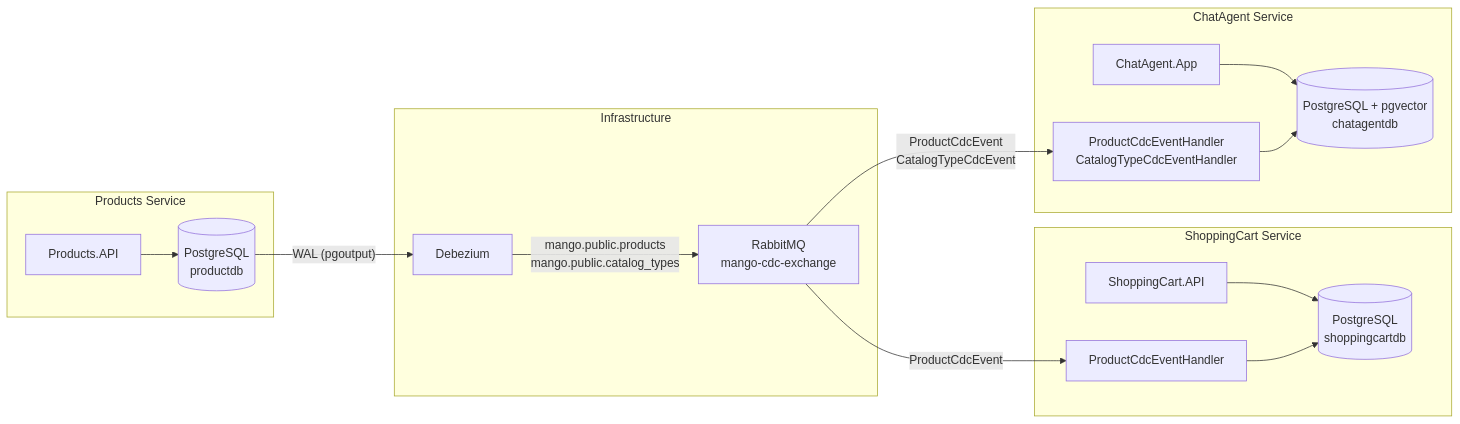
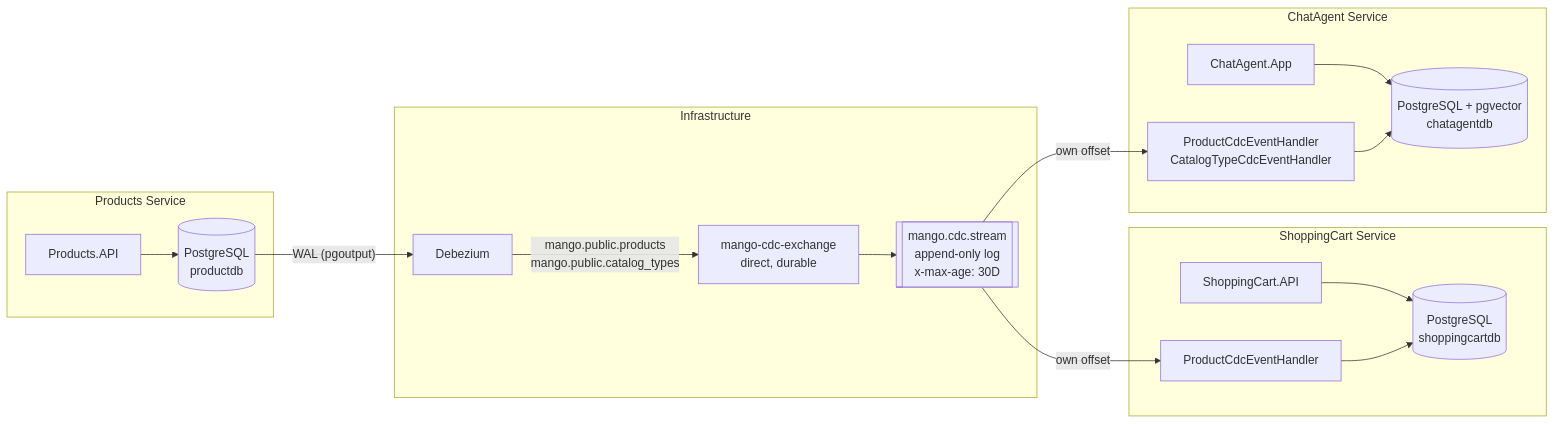
One commit to haidang9b/MangoAspire changed the diagram in docs/CDC.md. Above: the diagram before and after it, drawn with Mermaid. The commit also changed other lines of this file and 54 other files, not shown here.

First line of the commit message:
feat(cdc): migrate to replayable RabbitMQ stream log (#34)

````diff
--- a/docs/CDC.md
+++ b/docs/CDC.md
@@ -11,36 +13,38 @@
 ```mermaid
 flowchart LR
     subgraph Products Service
         P_DB[(PostgreSQL<br/>productdb)]
         P_API[Products.API]
         P_API --> P_DB
     end
 
     subgraph Infrastructure
         Deb[Debezium]
-        RMQ[RabbitMQ<br/>mango-cdc-exchange]
+        EX[mango-cdc-exchange<br/>direct, durable]
+        LOG[["mango.cdc.stream<br/>append-only log<br/>x-max-age: 30D"]]
+        EX --> LOG
     end
 
     subgraph ShoppingCart Service
         SC_API[ShoppingCart.API]
         SC_DB[(PostgreSQL<br/>shoppingcartdb)]
         SC_Handler[ProductCdcEventHandler]
-        
+
         SC_API --> SC_DB
         SC_Handler --> SC_DB
     end
 
     subgraph ChatAgent Service
         CA_App[ChatAgent.App]
         CA_DB[(PostgreSQL + pgvector<br/>chatagentdb)]
         CA_Handler[ProductCdcEventHandler<br/>CatalogTypeCdcEventHandler]
 
         CA_App --> CA_DB
         CA_Handler --> CA_DB
     end
 
     P_DB -->|"WAL (pgoutput)"| Deb
-    Deb -->|"mango.public.products<br/>mango.public.catalog_types"| RMQ
-    RMQ -->|"ProductCdcEvent"| SC_Handler
-    RMQ -->|"ProductCdcEvent<br/>CatalogTypeCdcEvent"| CA_Handler
+    Deb -->|"mango.public.products<br/>mango.public.catalog_types"| EX
+    LOG -->|"own offset"| SC_Handler
+    LOG -->|"own offset"| CA_Handler
 ```
````
